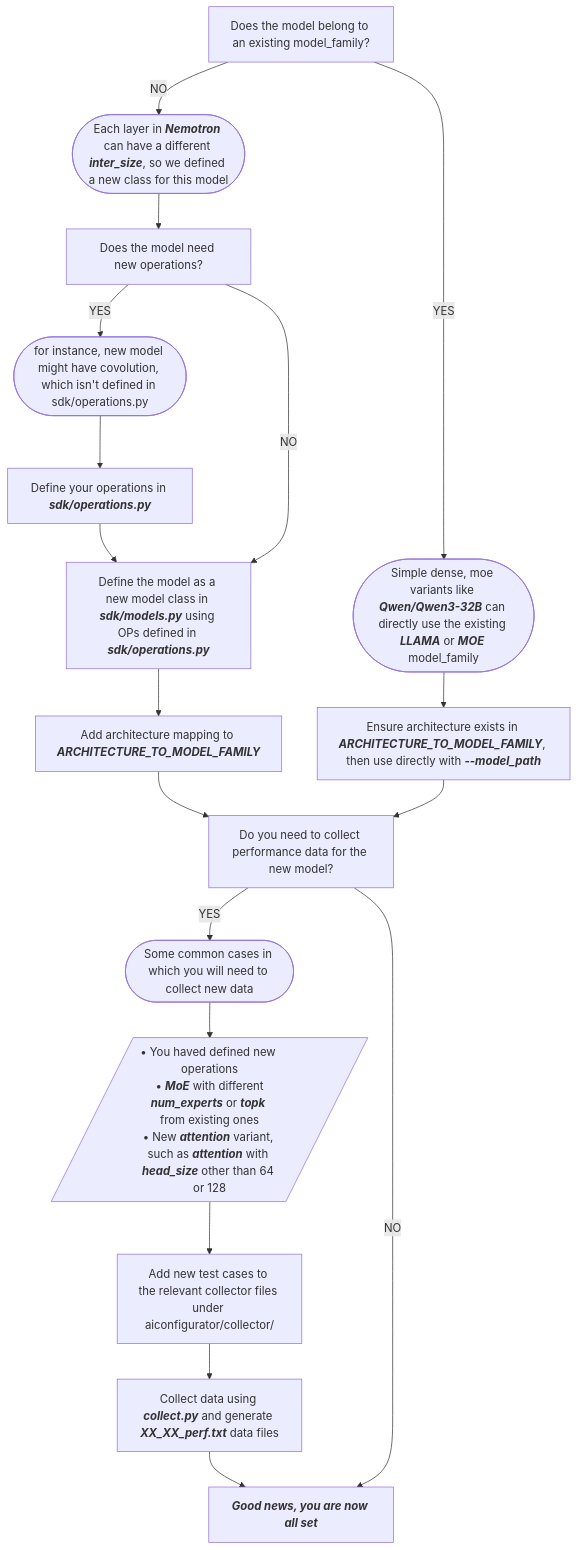
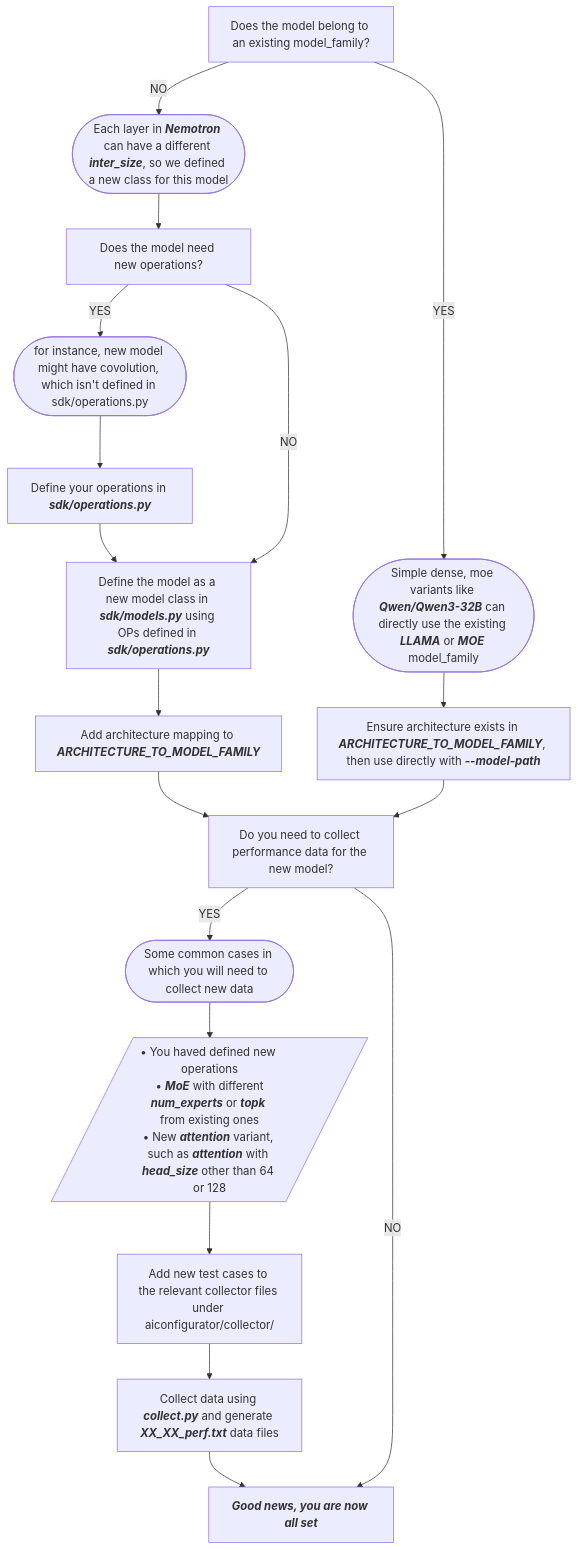
One commit to Mewtwo-Jieyu/AIC-mewtwo changed the diagram in docs/add_a_new_model.md. Above: the diagram before and after it, drawn with Mermaid. The commit also changed other lines of this file and 20 other files, not shown here.

````diff
--- a/docs/add_a_new_model.md
+++ b/docs/add_a_new_model.md
@@ -123,21 +123,21 @@
 ```mermaid
 flowchart TD
     A[Does the model belong to an existing model_family?]
     A --> |YES| B([Simple dense, moe variants like <i><b>Qwen/Qwen3-32B</b></i> can directly use the existing <i><b>LLAMA</b></i> or <i><b>MOE</b></i> model_family])
-    B --> C[Ensure architecture exists in <i><b>ARCHITECTURE_TO_MODEL_FAMILY</b></i>, then use directly with <i><b>--model_path</b></i>]
+    B --> C[Ensure architecture exists in <i><b>ARCHITECTURE_TO_MODEL_FAMILY</b></i>, then use directly with <i><b>--model-path</b></i>]
     A --> |NO| D([Each layer in <i><b>Nemotron</b></i> can have a different <i><b>inter_size</b></i>, so we defined a new class for this model])
     D --> E[Does the model need new operations?]
     E --> |YES| F([for instance, new model might have covolution, which isn't defined in sdk/operations.py])
     F --> G[Define your operations in <b><i>sdk/operations.py</b></i>]
     G --> H[Define the model as a new model class in <i><b>sdk/models.py</b></i> using OPs defined in <i><b>sdk/operations.py</b></i>]
     E --> |NO|H
     H --> i[Add architecture mapping to <i><b>ARCHITECTURE_TO_MODEL_FAMILY</b></i>]
     i --> j[Do you need to collect performance data for the new model?]
     C --> j
     j --> |YES|K([Some common cases in which you will need to collect new data])
     K --> L[/• You haved defined new operations<br/> • <i><b>MoE</b></i> with different <i><b>num_experts</b></i> or <i><b>topk</b></i> from existing ones<br/>• New <i><b>attention</b></i> variant, such as <b><i>attention</b></i> with <b><i>head_size</b></i> other than 64 or 128/]
     L --> M[Add new test cases to the relevant collector files under aiconfigurator/collector/]
     M --> N[Collect data using <i><b>collect.py</b></i> and generate <i><b>XX_XX_perf.txt</b></i> data files]
     N --> Z
     j --> |NO|Z[<i><b>Good news, you are now all set</b></i>]
 ```
````
